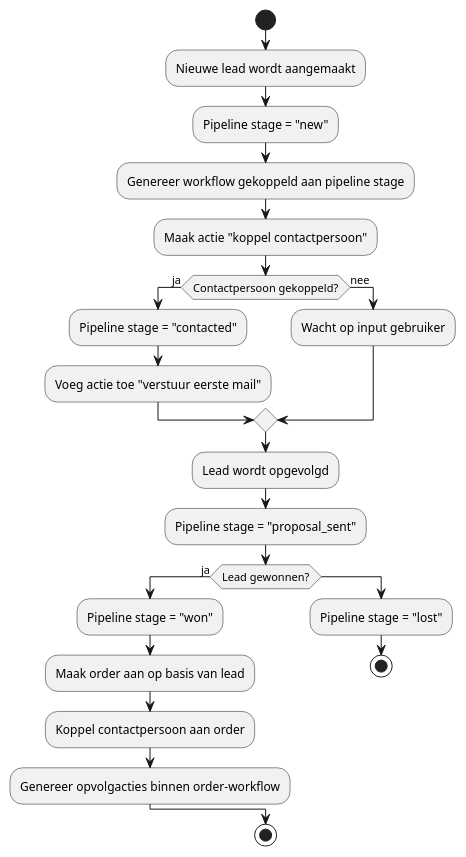
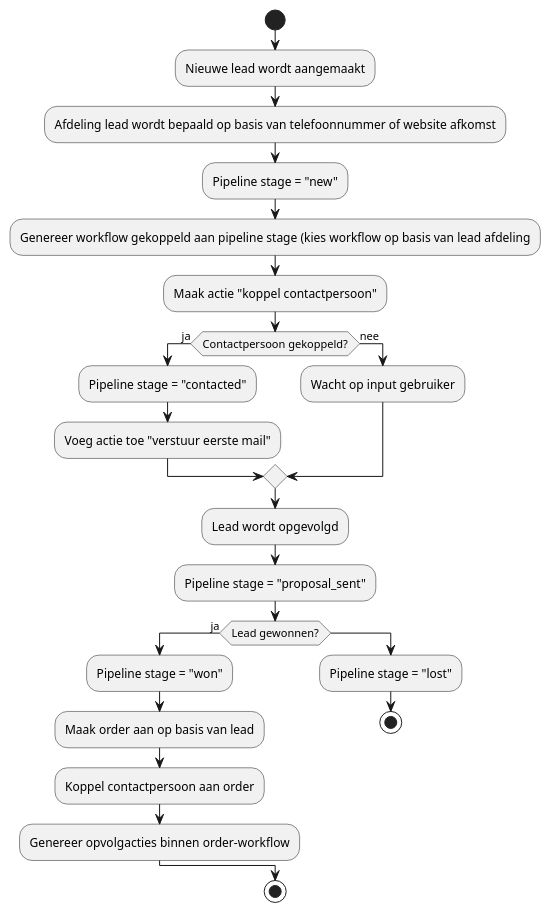
Before and after one commit to privatescanbv/krayin-laravel-crm: the fourth of 5 diagrams in docs/index.adoc, drawn with PlantUML. The commit also changed other lines of this file, not shown here.

```diff
--- a/docs/index.adoc
+++ b/docs/index.adoc
@@ -260,34 +352,35 @@
 [plantuml]
 ....
 @startuml
 start
 
 :Nieuwe lead wordt aangemaakt;
+:Afdeling lead wordt bepaald op basis van telefoonnummer of website afkomst;
 :Pipeline stage = "new";
-:Genereer workflow gekoppeld aan pipeline stage;
+:Genereer workflow gekoppeld aan pipeline stage (kies workflow op basis van lead afdeling;
 
 :Maak actie "koppel contactpersoon";
 
 if (Contactpersoon gekoppeld?) then (ja)
   :Pipeline stage = "contacted";
   :Voeg actie toe "verstuur eerste mail";
 else (nee)
   :Wacht op input gebruiker;
 endif
 
 :Lead wordt opgevolgd;
 :Pipeline stage = "proposal_sent";
 
 if (Lead gewonnen?) then (ja)
   :Pipeline stage = "won";
   :Maak order aan op basis van lead;
   :Koppel contactpersoon aan order;
   :Genereer opvolgacties binnen order-workflow;
 else
   :Pipeline stage = "lost";
   stop
 endif
 
 stop
 @enduml
 ....
```
